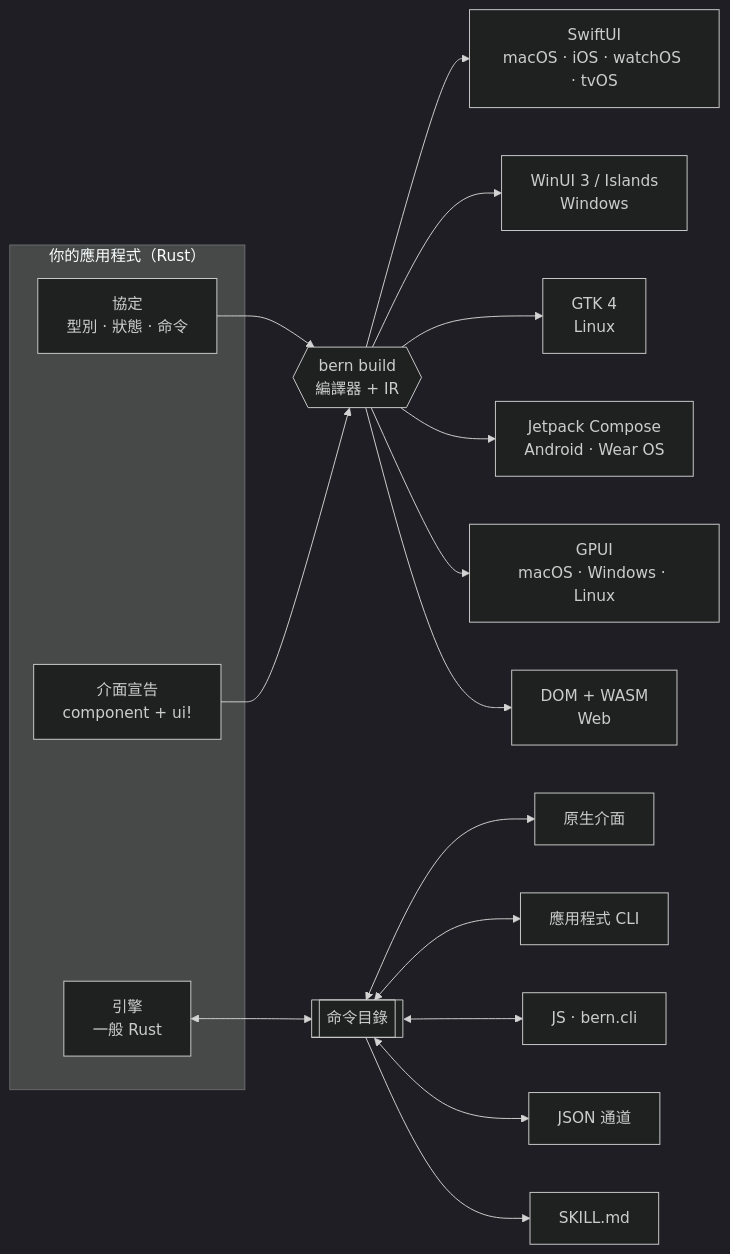
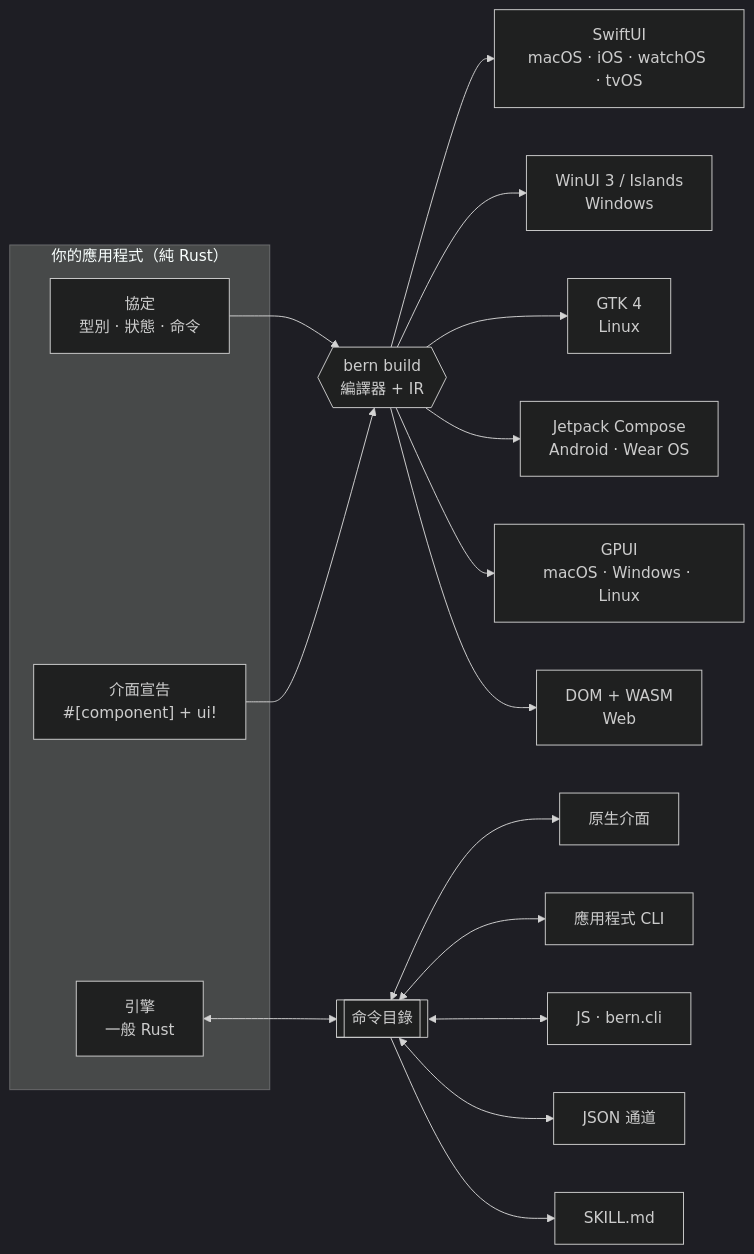
One commit to AimesSoft/Bern changed the diagram in README.zh-Hant.md. Above: the diagram before and after it, drawn with Mermaid (dark theme). The commit also changed other lines of this file and 124 other files, not shown here.

````diff
--- a/README.zh-Hant.md
+++ b/README.zh-Hant.md
@@ -232,22 +116,22 @@
 ```mermaid
 flowchart LR
-    subgraph app["你的應用程式（Rust）"]
+    subgraph app["你的應用程式（純 Rust）"]
         P["協定<br/>型別 · 狀態 · 命令"]
-        U["介面宣告<br/>component + ui!"]
+        U["介面宣告<br/>#[component] + ui!"]
         E["引擎<br/>一般 Rust"]
     end
     P --> C{{"bern build<br/>編譯器 + IR"}}
     U --> C
     C --> S["SwiftUI<br/>macOS · iOS · watchOS · tvOS"]
     C --> W["WinUI 3 / Islands<br/>Windows"]
     C --> G["GTK 4<br/>Linux"]
     C --> A["Jetpack Compose<br/>Android · Wear OS"]
     C --> P2["GPUI<br/>macOS · Windows · Linux"]
     C --> B["DOM + WASM<br/>Web"]
     E <--> K[["命令目錄"]]
     K <--> N["原生介面"]
     K <--> L["應用程式 CLI"]
     K <--> JS["JS · bern.cli"]
     K <--> J["JSON 通道"]
     K --> SK["SKILL.md"]
 ```
````
